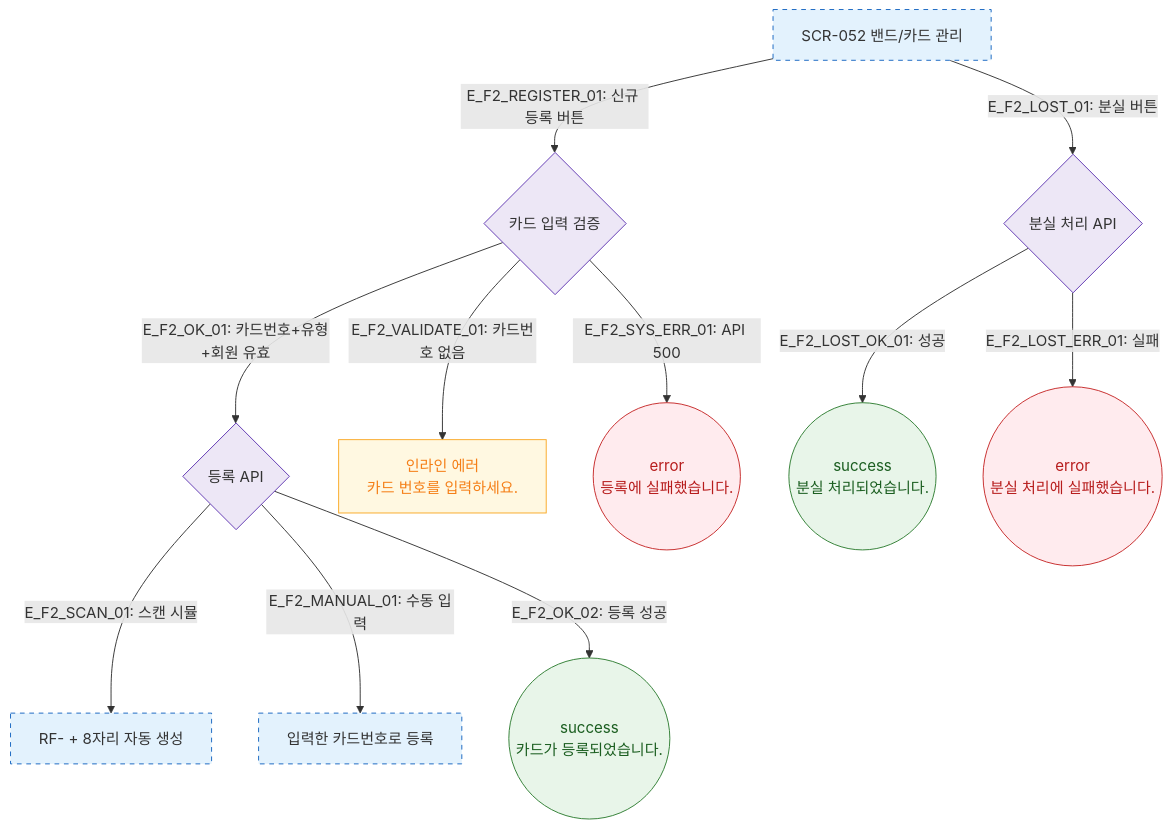
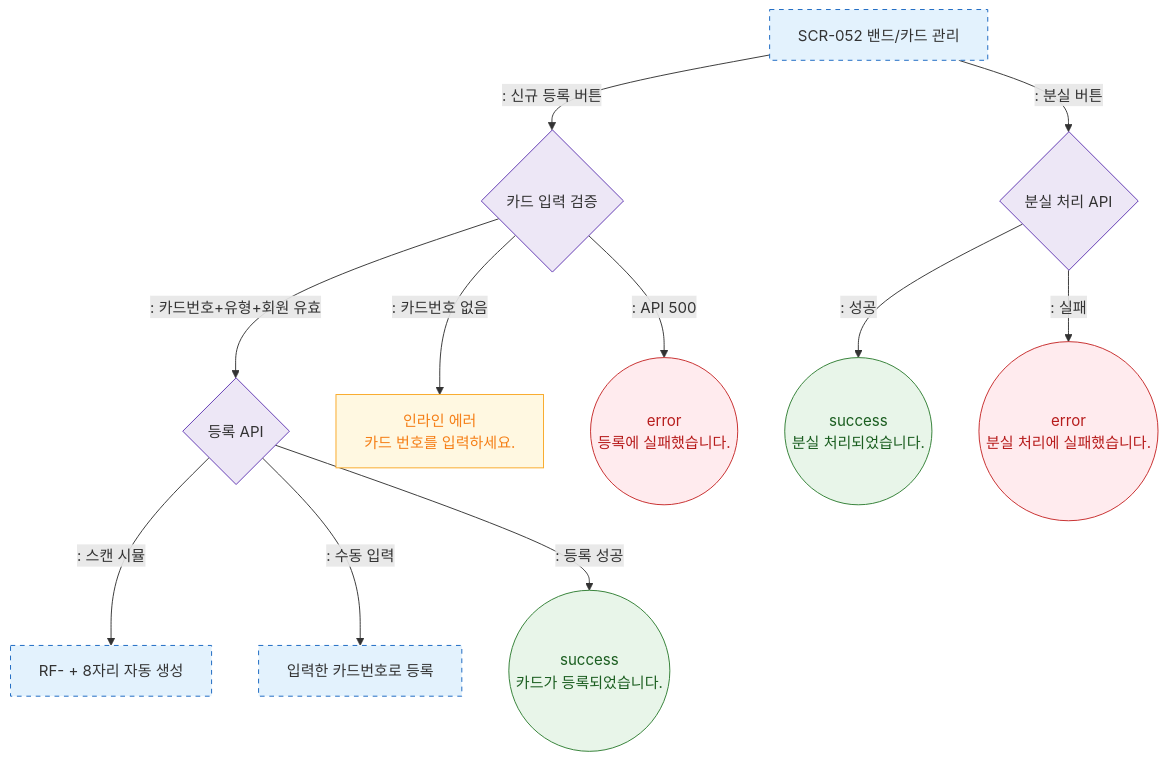
Before and after one commit to dev-spogym/admin-pando: the diagram in docs/다이어그램/D06_시설관리/SCR-052_밴드카드관리/F2_메인인터랙션.md, drawn with Mermaid. The commit also changed other lines of this file and 1660 other files, not shown here.

First line of the commit message:
다이어그램: 기획자/클라이언트 납품본으로 정리

````diff
--- a/docs/다이어그램/D06_시설관리/SCR-052_밴드카드관리/F2_메인인터랙션.md
+++ b/docs/다이어그램/D06_시설관리/SCR-052_밴드카드관리/F2_메인인터랙션.md
@@ -16,29 +14,29 @@
 ```mermaid
 flowchart TD
     SCR_052[SCR-052 밴드/카드 관리]
 
-    SCR_052 -->|"E_F2_REGISTER_01: 신규 등록 버튼"| ValidateCard{카드 입력 검증}
+    SCR_052 -->|": 신규 등록 버튼"|ValidateCard{카드 입력 검증}
 
-    ValidateCard -->|"E_F2_OK_01: 카드번호+유형+회원 유효"| RegisterAPI{등록 API}
-    ValidateCard -->|"E_F2_VALIDATE_01: 카드번호 없음"| ValidationFail[인라인 에러\n카드 번호를 입력하세요.]
-    ValidateCard -->|"E_F2_SYS_ERR_01: API 500"| SysErr((error\n등록에 실패했습니다.))
+    ValidateCard -->|": 카드번호+유형+회원 유효"|RegisterAPI{등록 API}
+    ValidateCard -->|": 카드번호 없음"|ValidationFail[인라인 에러\n카드 번호를 입력하세요.]
+    ValidateCard -->|": API 500"|SysErr((error\n등록에 실패했습니다.))
 
-    RegisterAPI -->|"E_F2_SCAN_01: 스캔 시뮬"| ScanResult[RF- + 8자리 자동 생성]
-    RegisterAPI -->|"E_F2_MANUAL_01: 수동 입력"| ManualInput[입력한 카드번호로 등록]
-    RegisterAPI -->|"E_F2_OK_02: 등록 성공"| RegisterSuccess((success\n카드가 등록되었습니다.))
+    RegisterAPI -->|": 스캔 시뮬"|ScanResult[RF- + 8자리 자동 생성]
+    RegisterAPI -->|": 수동 입력"|ManualInput[입력한 카드번호로 등록]
+    RegisterAPI -->|": 등록 성공"|RegisterSuccess((success\n카드가 등록되었습니다.))
 
-    SCR_052 -->|"E_F2_LOST_01: 분실 버튼"| LostAPI{분실 처리 API}
-    LostAPI -->|"E_F2_LOST_OK_01: 성공"| LostSuccess((success\n분실 처리되었습니다.))
-    LostAPI -->|"E_F2_LOST_ERR_01: 실패"| LostErr((error\n분실 처리에 실패했습니다.))
+    SCR_052 -->|": 분실 버튼"|LostAPI{분실 처리 API}
+    LostAPI -->|": 성공"|LostSuccess((success\n분실 처리되었습니다.))
+    LostAPI -->|": 실패"|LostErr((error\n분실 처리에 실패했습니다.))
 
     classDef screen fill:#E3F2FD,stroke:#1565C0,stroke-dasharray:5 5
     classDef warning fill:#FFF8E1,stroke:#F9A825,color:#F57F17
     classDef error fill:#FFEBEE,stroke:#C62828,color:#B71C1C
     classDef success fill:#E8F5E9,stroke:#2E7D32,color:#1B5E20
     classDef system fill:#EDE7F6,stroke:#5E35B2
     class SCR_052,ScanResult,ManualInput screen
     class RegisterSuccess,LostSuccess success
     class ValidationFail warning
     class SysErr,LostErr error
     class ValidateCard,RegisterAPI,LostAPI system
 ```
````
